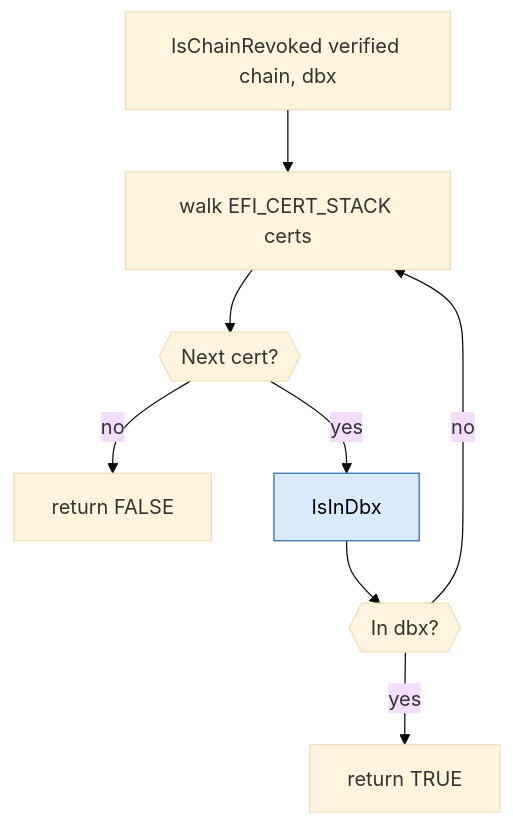
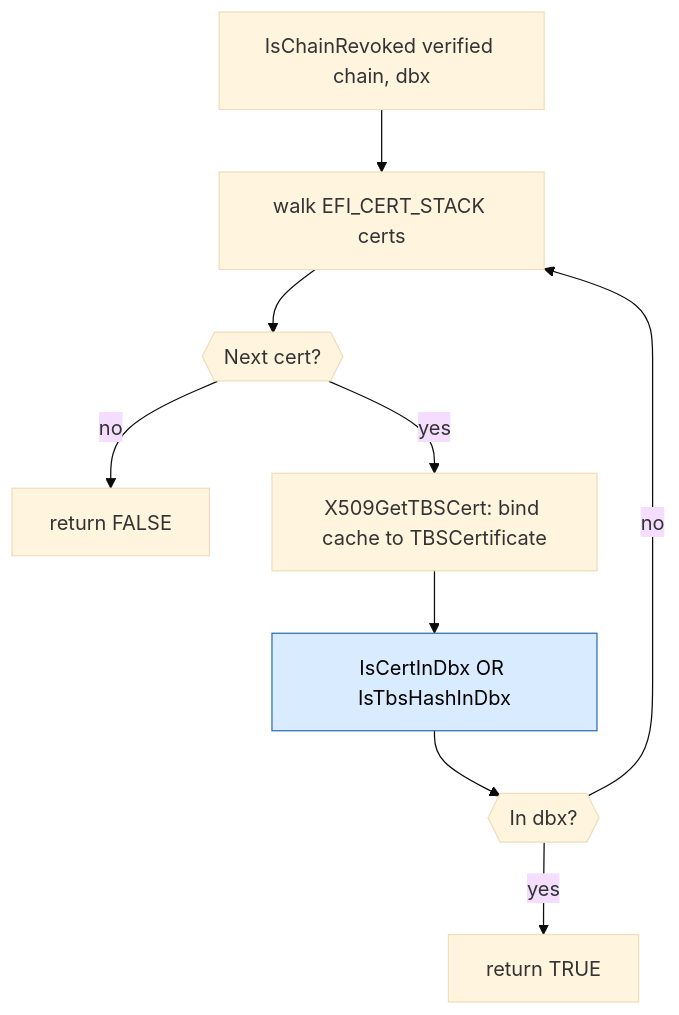
Before and after one commit to microsoft/mu_basecore: the fifth of 5 diagrams in SecurityPkg/Library/DxeImageVerificationLib2/README.md, drawn with Mermaid (base theme). The commit also changed other lines of this file and 10 other files, not shown here.

````diff
--- a/SecurityPkg/Library/DxeImageVerificationLib2/README.md
+++ b/SecurityPkg/Library/DxeImageVerificationLib2/README.md
@@ -269,13 +277,14 @@
 ```mermaid
 flowchart TD
   A[IsChainRevoked verified chain, dbx] --> W[walk EFI_CERT_STACK certs]
     W --> W1{{Next cert?}}
     W1 -- no --> RF[return FALSE]
-    W1 -- yes --> ID[IsInDbx]
+    W1 -- yes --> TB[X509GetTBSCert: bind cache to TBSCertificate]
+    TB --> ID[IsCertInDbx OR IsTbsHashInDbx]
     ID --> ID1{{In dbx?}}
     ID1 -- yes --> RT[return TRUE]
     ID1 -- no --> W
 
     classDef drill fill:#d9ecff,stroke:#2f6fb2,color:#000;
     class ID drill;
 ```
````
